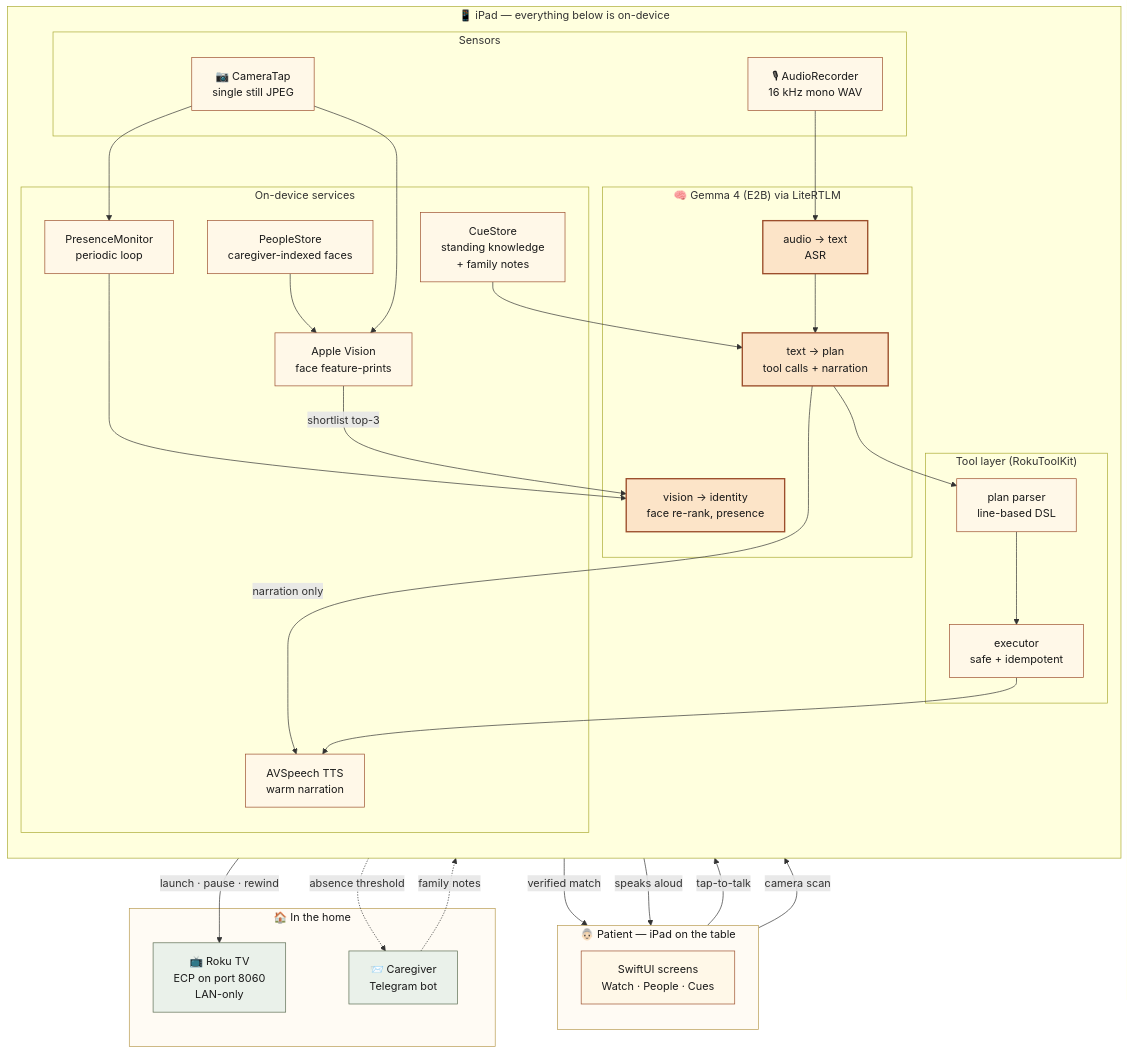
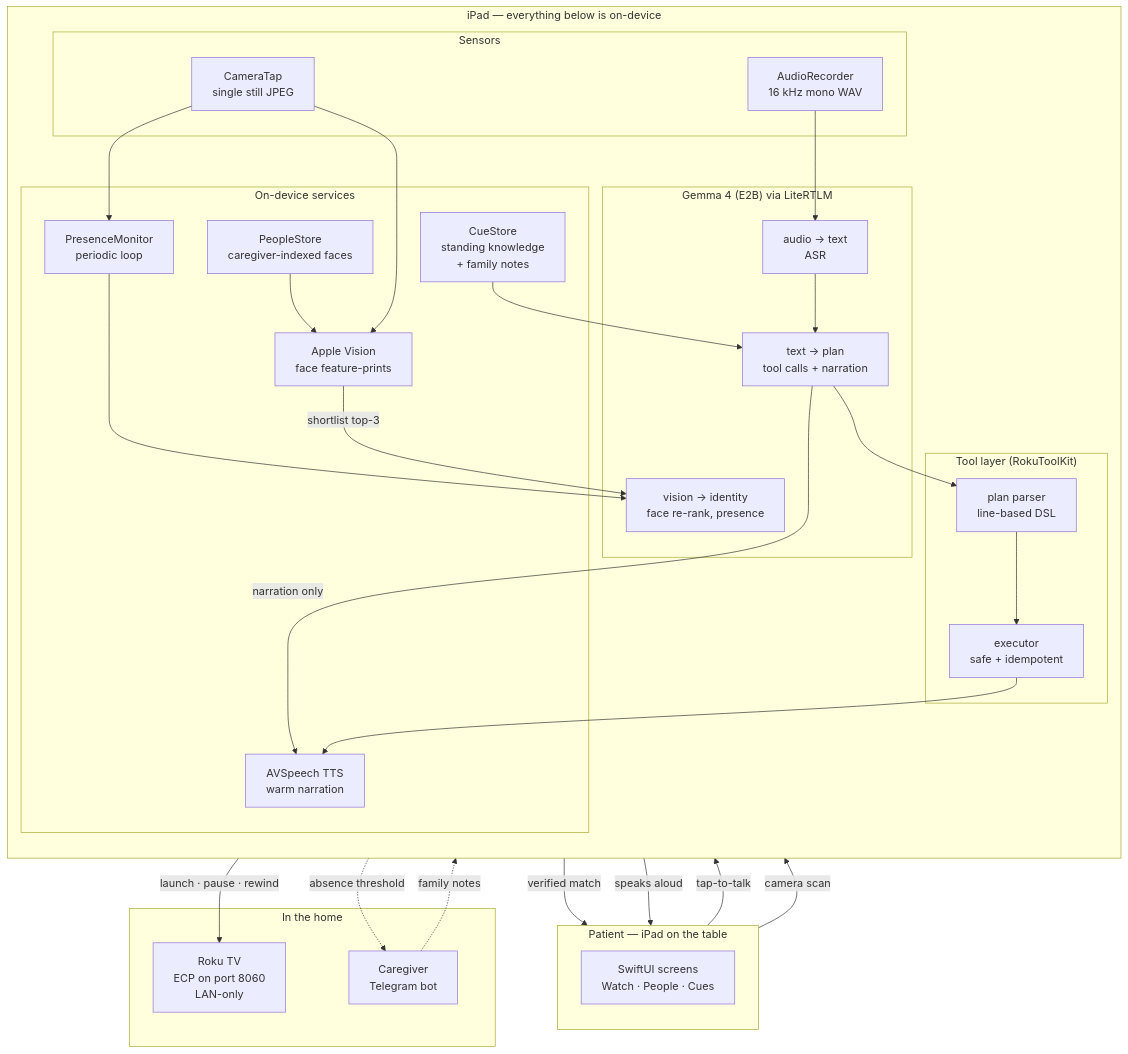
The diagram in README.md (TejPotu/quiteCompany), drawn with Mermaid before and after one commit. The commit also changed other lines of this file and 4 other files, not shown here.

Commit message:
documentation and architecture diagram version 3

````diff
--- a/README.md
+++ b/README.md
@@ -97,71 +121,62 @@
 ```mermaid
 flowchart TB
-    subgraph PATIENT["👵🏻 Patient — iPad on the table"]
+    subgraph PATIENT["Patient — iPad on the table"]
         direction TB
         UI["SwiftUI screens<br/>Watch · People · Cues"]
     end
 
-    subgraph DEVICE["📱 iPad — everything below is on-device"]
+    subgraph DEVICE["iPad — everything below is on-device"]
         direction TB
 
         subgraph SENSORS["Sensors"]
-            MIC["🎙 AudioRecorder<br/>16 kHz mono WAV"]
-            CAM["📷 CameraTap<br/>single still JPEG"]
+            MIC["AudioRecorder<br/>16 kHz mono WAV"]
+            CAM["CameraTap<br/>single still JPEG"]
         end
 
-        subgraph BRAIN["🧠 Gemma 4 (E2B) via LiteRTLM"]
+        subgraph BRAIN["Gemma 4 (E2B) via LiteRTLM"]
             GAUDIO["audio → text<br/>ASR"]
             GTEXT["text → plan<br/>tool calls + narration"]
             GVISION["vision → identity<br/>face re-rank, presence"]
         end
 
         subgraph LOCAL["On-device services"]
             VISION["Apple Vision<br/>face feature-prints"]
             TTS["AVSpeech TTS<br/>warm narration"]
             PEOPLE["PeopleStore<br/>caregiver-indexed faces"]
             CUES["CueStore<br/>standing knowledge<br/>+ family notes"]
             PRES["PresenceMonitor<br/>periodic loop"]
         end
 
         subgraph TOOLS["Tool layer (RokuToolKit)"]
             PARSER["plan parser<br/>line-based DSL"]
             EXEC["executor<br/>safe + idempotent"]
         end
     end
 
-    subgraph WORLD["🏠 In the home"]
-        TV["📺 Roku TV<br/>ECP on port 8060<br/>LAN-only"]
-        CARE["📨 Caregiver<br/>Telegram bot"]
+    subgraph WORLD["In the home"]
+        TV["Roku TV<br/>ECP on port 8060<br/>LAN-only"]
+        CARE["Caregiver<br/>Telegram bot"]
     end
 
     UI -->|tap-to-talk| MIC
     MIC --> GAUDIO
     GAUDIO --> GTEXT
     UI -->|"camera scan"| CAM
     CAM --> VISION
     VISION -->|"shortlist top-3"| GVISION
     GVISION -->|"verified match"| UI
     CAM --> PRES
     PRES --> GVISION
 
     CUES --> GTEXT
     PEOPLE --> VISION
     GTEXT --> PARSER
     PARSER --> EXEC
     EXEC -->|"launch · pause · rewind"| TV
     EXEC --> TTS
     TTS -->|"speaks aloud"| UI
     GTEXT -->|"narration only"| TTS
 
     PRES -.->|"absence threshold"| CARE
     CARE -.->|"family notes"| CUES
-
-    classDef onDevice fill:#FFF8E8,stroke:#9C4E2C,stroke-width:1px,color:#1a1a1a;
-    classDef external fill:#EAF1EA,stroke:#5A6B50,stroke-width:1px,color:#1a1a1a;
-    classDef brain fill:#FCE4C8,stroke:#9C4E2C,stroke-width:2px,color:#1a1a1a;
-    classDef patient fill:#FFFBF4,stroke:#B89A4F,stroke-width:1px,color:#1a1a1a;
-    class UI,MIC,CAM,VISION,TTS,PEOPLE,CUES,PRES,PARSER,EXEC onDevice;
-    class GAUDIO,GTEXT,GVISION brain;
-    class TV,CARE external;
-    class PATIENT,WORLD patient;
 ```
````
